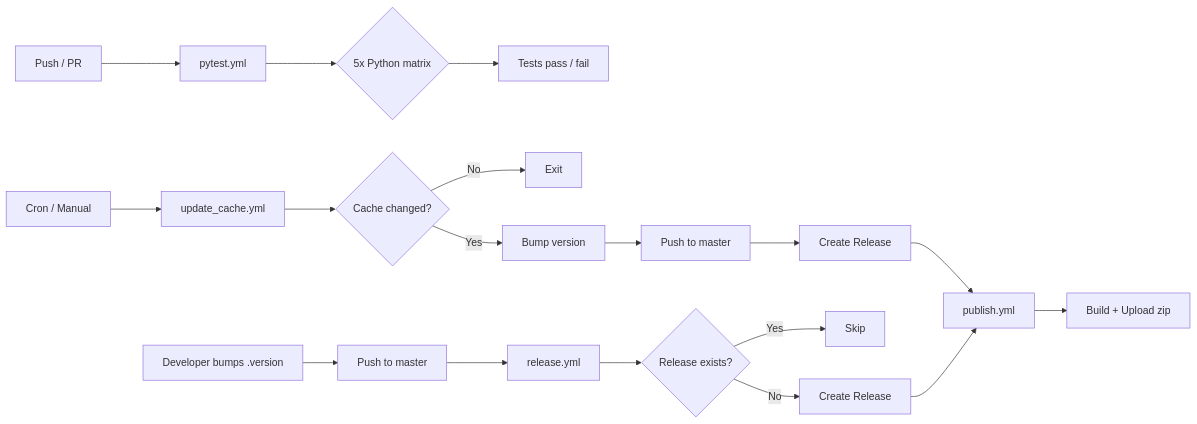
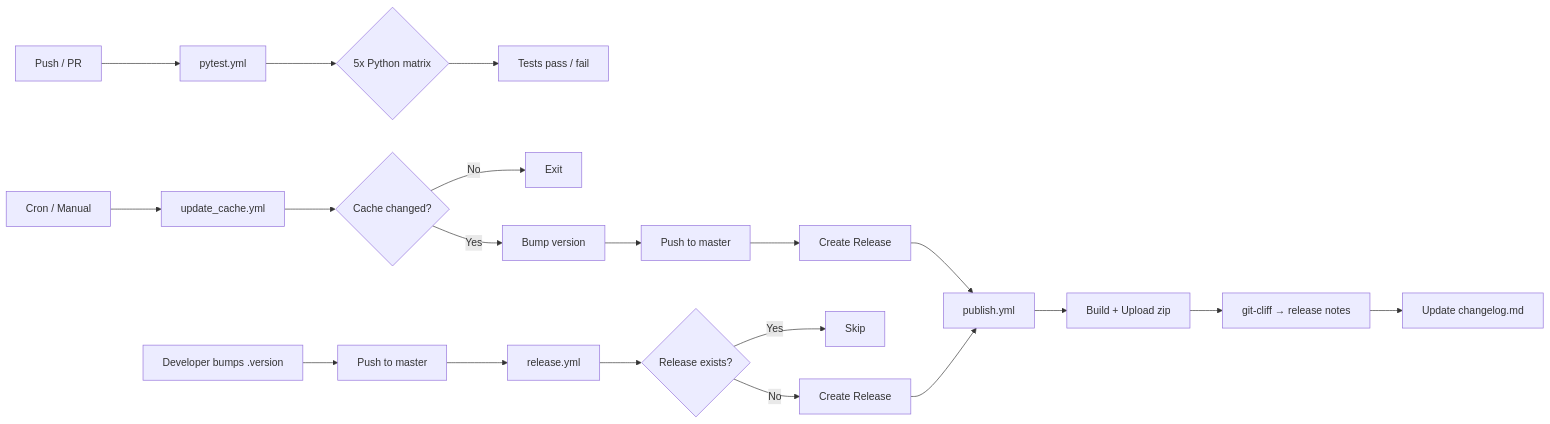
The second of 3 diagrams in .github/README.md (Satori-Analytics/pyenv-win), drawn with Mermaid before and after one commit. The commit also changed other lines of this file and 2 other files, not shown here.

First line of the commit message:
feat: auto-generate changelog with git-cliff on every release

````diff
--- a/.github/README.md
+++ b/.github/README.md
@@ -77,22 +87,24 @@
 ```mermaid
 flowchart LR
     A[Push / PR] --> B[pytest.yml]
     B --> C{5x Python matrix}
     C --> D[Tests pass / fail]
 
     E[Cron / Manual] --> F[update_cache.yml]
     F --> G{Cache changed?}
     G -- No --> H[Exit]
     G -- Yes --> I[Bump version]
     I --> J[Push to master]
     J --> K[Create Release]
     K --> L[publish.yml]
     L --> M[Build + Upload zip]
+    M --> M2[git-cliff → release notes]
+    M2 --> M3[Update changelog.md]
 
     N[Developer bumps .version] --> O[Push to master]
     O --> P[release.yml]
     P --> Q{Release exists?}
     Q -- Yes --> R[Skip]
     Q -- No --> S[Create Release]
     S --> L
 ```
````
